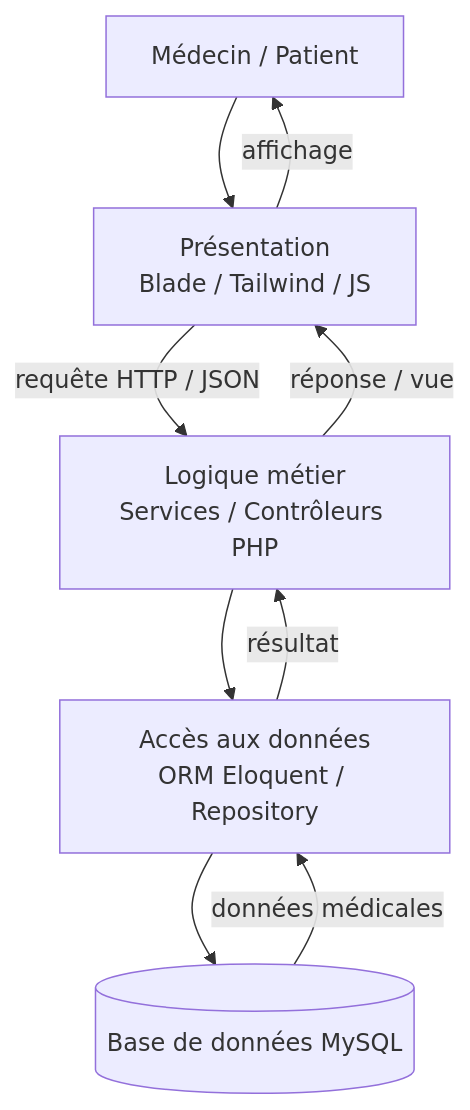
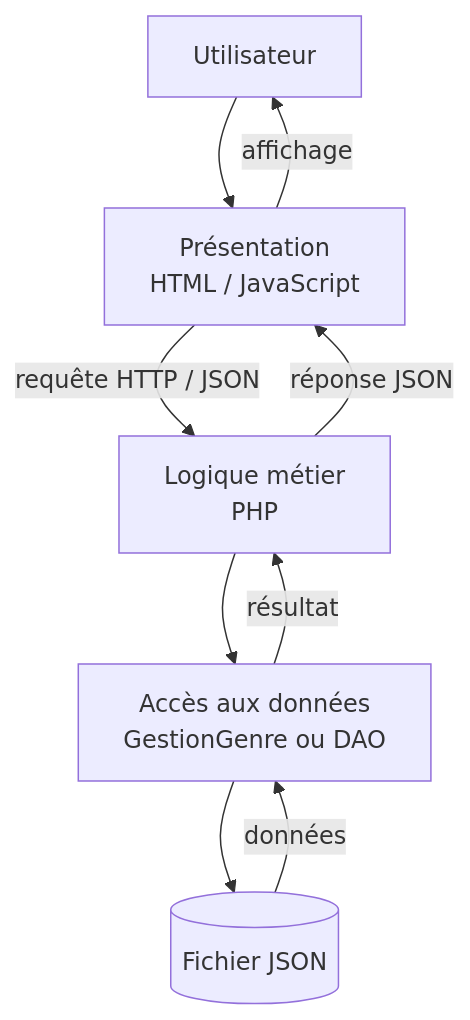
Before and after one commit to Oussama-Ech-charef/projet_file_rougee: the second of 3 diagrams in Rapport/Architecture logicielle/architecture_du_system.md, drawn with Mermaid. The commit also changed other lines of this file and 6 other files, not shown here.

````diff
--- a/Rapport/Architecture logicielle/architecture_du_system.md
+++ b/Rapport/Architecture logicielle/architecture_du_system.md
@@ -33,11 +33,11 @@
 ```mermaid
 flowchart TB
-    U[Médecin / Patient] --> P[Présentation<br/>Blade / Tailwind / JS]
-    P -->|requête HTTP / JSON| L[Logique métier<br/>Services / Contrôleurs PHP]
-    L --> A[Accès aux données<br/>ORM Eloquent / Repository]
-    A --> D[(Base de données MySQL)]
-    D -->|données médicales| A
+    U[Utilisateur] --> P[Présentation<br/>HTML / JavaScript]
+    P -->|requête HTTP / JSON| L[Logique métier<br/>PHP]
+    L --> A[Accès aux données<br/>GestionGenre ou DAO]
+    A --> D[(Fichier JSON)]
+    D -->|données| A
     A -->|résultat| L
-    L -->|réponse / vue| P
+    L -->|réponse JSON| P
     P -->|affichage| U
 ```
````
